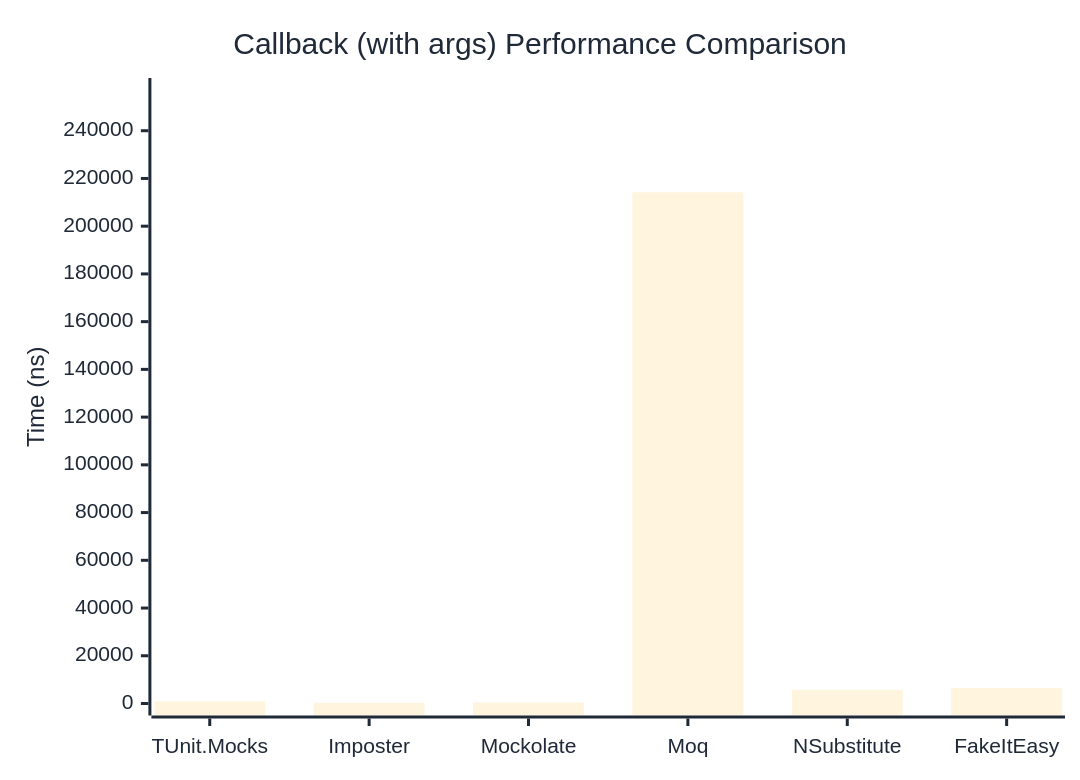
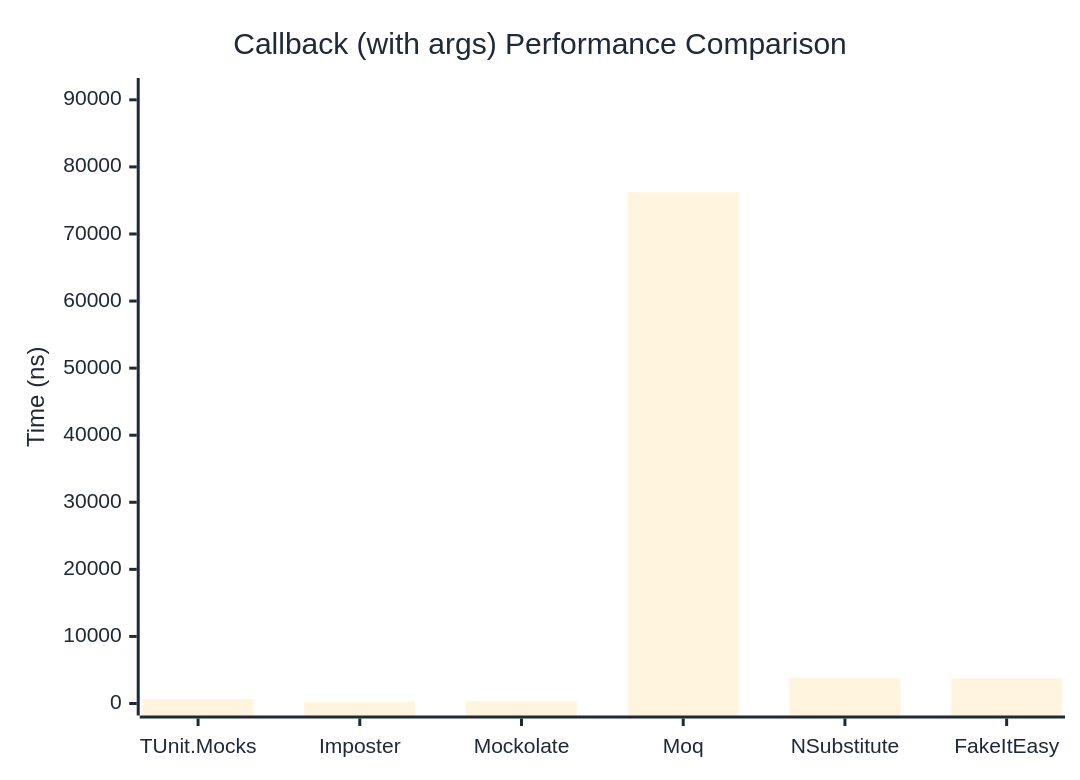
One commit to thomhurst/TUnit changed the second of 2 diagrams in docs/docs/benchmarks/mocks/Callback.md. Above: the diagram before and after it, drawn with Mermaid. The commit also changed other lines of this file and 14 other files, not shown here.

````diff
--- a/docs/docs/benchmarks/mocks/Callback.md
+++ b/docs/docs/benchmarks/mocks/Callback.md
@@ -71,27 +71,27 @@
 ```mermaid
 %%{init: {
   'theme':'base',
   'themeVariables': {
     'primaryColor': '#2563eb',
     'primaryTextColor': '#1f2937',
     'primaryBorderColor': '#1e40af',
     'lineColor': '#6b7280',
     'secondaryColor': '#7c3aed',
     'tertiaryColor': '#dc2626',
     'background': '#ffffff',
     'pie1': '#2563eb',
     'pie2': '#7c3aed',
     'pie3': '#dc2626',
     'pie4': '#f59e0b',
     'pie5': '#10b981',
     'pie6': '#06b6d4',
     'pie7': '#ec4899',
     'pie8': '#6366f1'
   }
 }}%%
 xychart-beta
   title "Callback (with args) Performance Comparison"
   x-axis ["TUnit.Mocks", "Imposter", "Mockolate", "Moq", "NSubstitute", "FakeItEasy"]
-  y-axis "Time (ns)" 0 --> 257065
-  bar [883.8, 305.6, 443.1, 214220.5, 5726.2, 6467.7]
+  y-axis "Time (ns)" 0 --> 91465
+  bar [690.7, 258.8, 331.1, 76220.1, 3794.6, 3751.6]
 ```
````
